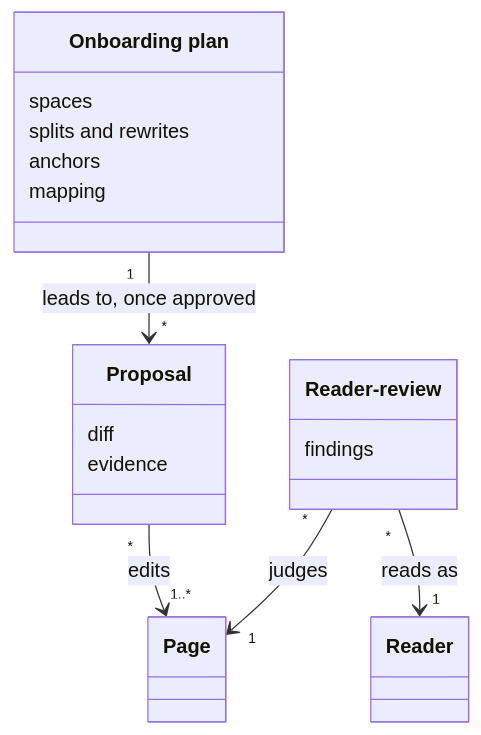
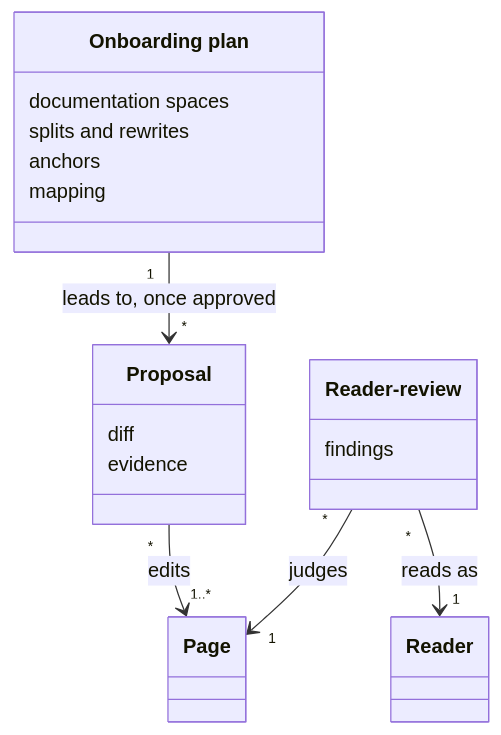
Before and after one commit to aleskalfas/project-kit: the first of 2 diagrams in tech-docs/analysis/living-docs/domain-model/020-proposals-and-reviews.md, drawn with Mermaid. The commit also changed other lines of this file and 13 other files, not shown here.

````diff
--- a/tech-docs/analysis/living-docs/domain-model/020-proposals-and-reviews.md
+++ b/tech-docs/analysis/living-docs/domain-model/020-proposals-and-reviews.md
@@ -26,21 +26,21 @@
 ```mermaid
 classDiagram
   accTitle: Proposals and reviews
   accDescr: A proposal edits one page or more, with its diff and its evidence. A reader-review judges one page as one reader, with its findings. An approved onboarding plan leads to the proposals it names.
   class Proposal
   Proposal : diff
   Proposal : evidence
   class ReaderReview["Reader-review"]
   ReaderReview : findings
   class OnboardingPlan["Onboarding plan"]
-  OnboardingPlan : spaces
+  OnboardingPlan : documentation spaces
   OnboardingPlan : splits and rewrites
   OnboardingPlan : anchors
   OnboardingPlan : mapping
   class Page
   class Reader
   Proposal "*" --> "1..*" Page : edits
   ReaderReview "*" --> "1" Page : judges
   ReaderReview "*" --> "1" Reader : reads as
   OnboardingPlan "1" --> "*" Proposal : leads to, once approved
 ```
````
